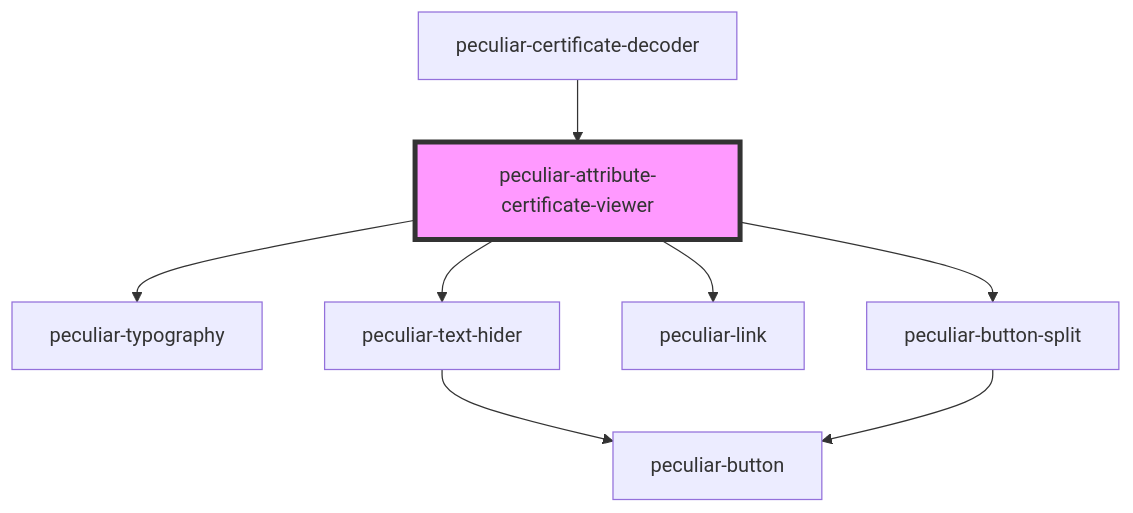
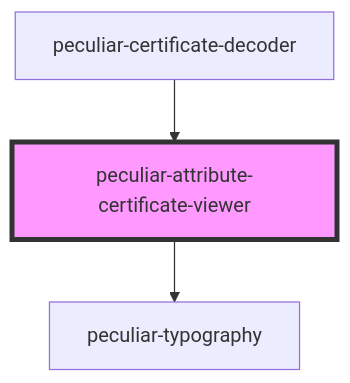
One commit to PeculiarVentures/pv-certificates-viewer changed the diagram in packages/webcomponents/src/components/attribute-certificate-viewer/readme.md. Above: the diagram before and after it, drawn with Mermaid. The commit also changed other lines of this file and 76 other files, not shown here.

````diff
--- a/packages/webcomponents/src/components/attribute-certificate-viewer/readme.md
+++ b/packages/webcomponents/src/components/attribute-certificate-viewer/readme.md
@@ -34,11 +31,6 @@
 ```mermaid
 graph TD;
   peculiar-attribute-certificate-viewer --> peculiar-typography
-  peculiar-attribute-certificate-viewer --> peculiar-text-hider
-  peculiar-attribute-certificate-viewer --> peculiar-link
-  peculiar-attribute-certificate-viewer --> peculiar-button-split
-  peculiar-text-hider --> peculiar-button
-  peculiar-button-split --> peculiar-button
   peculiar-certificate-decoder --> peculiar-attribute-certificate-viewer
   style peculiar-attribute-certificate-viewer fill:#f9f,stroke:#333,stroke-width:4px
 ```
````
